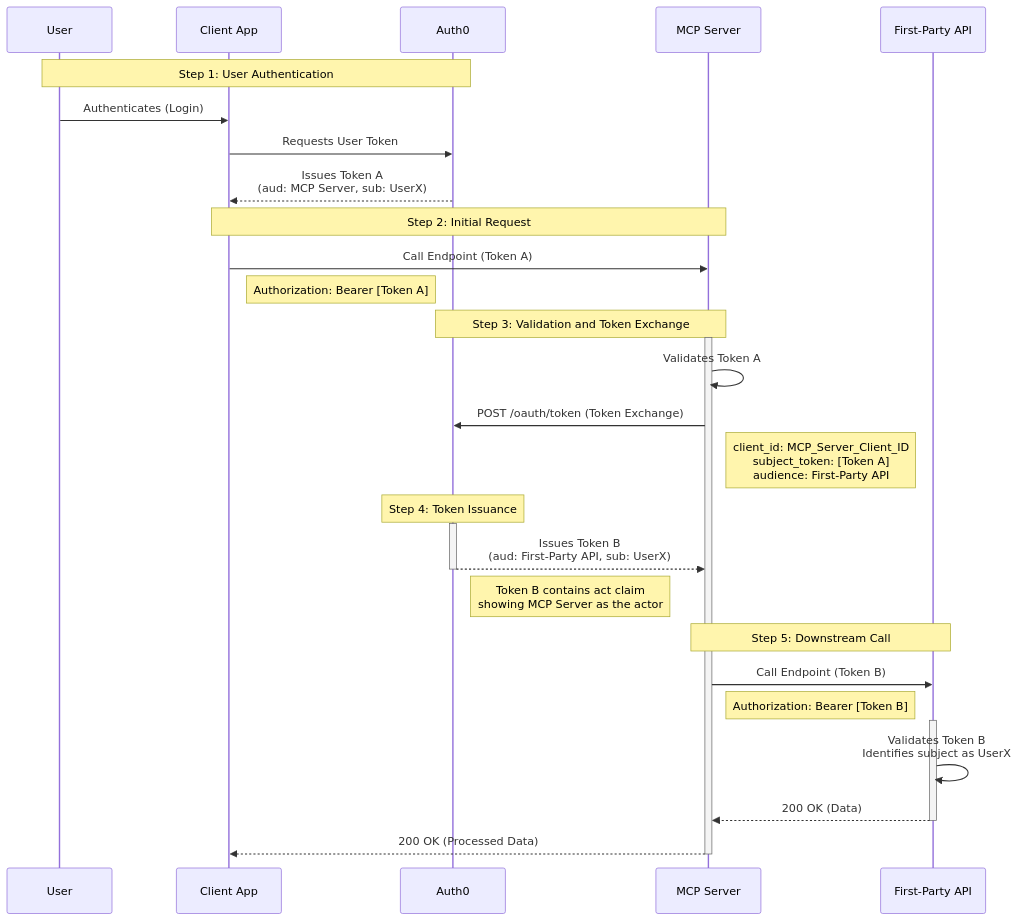
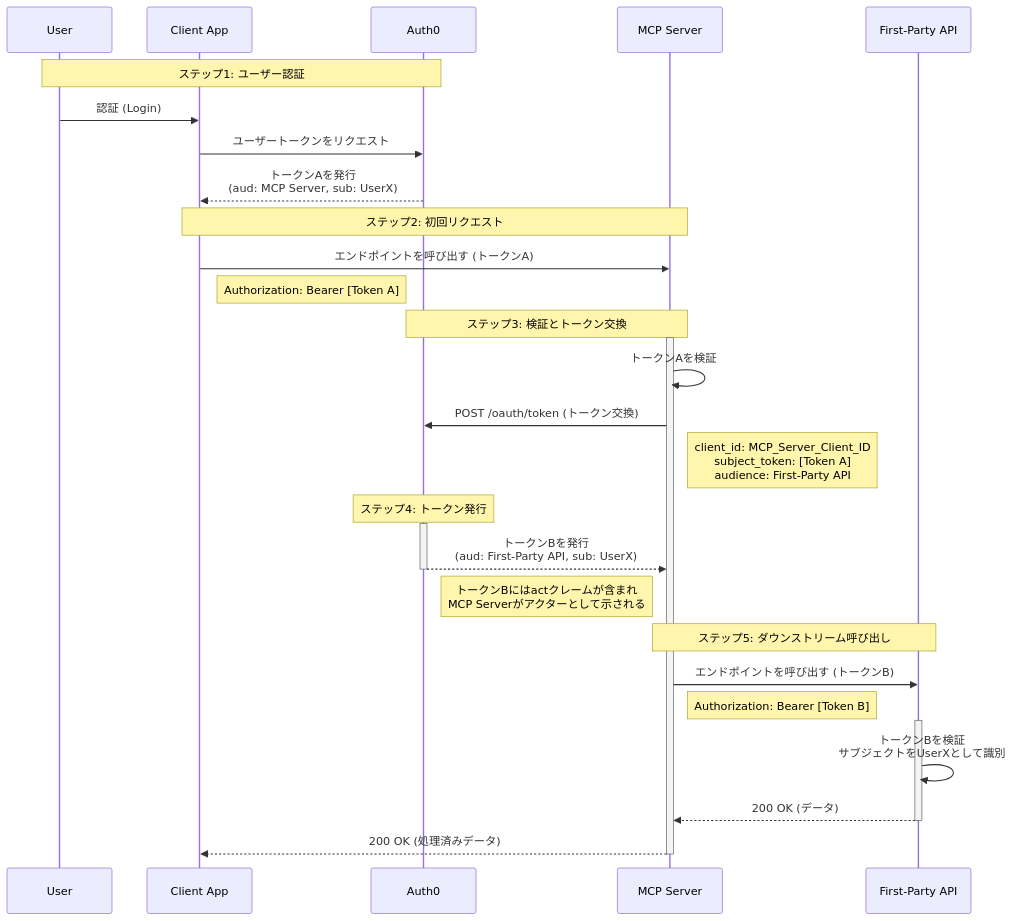
One commit to auth0/docs-v2 changed the first of 2 diagrams in main/docs/ja-jp/secure/call-apis-on-users-behalf/on-behalf-of-token-exchange.mdx. Above: the diagram before and after it, drawn with Mermaid. The commit also changed other lines of this file and 7241 other files, not shown here.

````diff
--- a/main/docs/ja-jp/secure/call-apis-on-users-behalf/on-behalf-of-token-exchange.mdx
+++ b/main/docs/ja-jp/secure/call-apis-on-users-behalf/on-behalf-of-token-exchange.mdx
@@ -139,42 +139,42 @@
 ```mermaid
 sequenceDiagram
     participant User
     participant Client App
     participant Auth0
     participant MCP Server
     participant First-Party API
 
-    Note over User,Auth0: Step 1: User Authentication
-    User->>Client App: Authenticates (Login)
-    Client App->>Auth0: Requests User Token
-    Auth0-->>Client App: Issues Token A<br/>(aud: MCP Server, sub: UserX)
+    Note over User,Auth0: ステップ1: ユーザー認証
+    User->>Client App: 認証 (Login)
+    Client App->>Auth0: ユーザートークンをリクエスト
+    Auth0-->>Client App: トークンAを発行<br/>(aud: MCP Server, sub: UserX)
 
-    Note over Client App,MCP Server: Step 2: Initial Request
-    Client App->>MCP Server: Call Endpoint (Token A)
+    Note over Client App,MCP Server: ステップ2: 初回リクエスト
+    Client App->>MCP Server: エンドポイントを呼び出す (トークンA)
     Note right of Client App: Authorization: Bearer [Token A]
 
-    Note over MCP Server,Auth0: Step 3: Validation and Token Exchange
+    Note over MCP Server,Auth0: ステップ3: 検証とトークン交換
     activate MCP Server
-    MCP Server->>MCP Server: Validates Token A
-    MCP Server->>Auth0: POST /oauth/token (Token Exchange)
+    MCP Server->>MCP Server: トークンAを検証
+    MCP Server->>Auth0: POST /oauth/token (トークン交換)
     Note right of MCP Server: client_id: MCP_Server_Client_ID<br/>subject_token: [Token A]<br/>audience: First-Party API
     
-    Note over Auth0: Step 4: Token Issuance
+    Note over Auth0: ステップ4: トークン発行
     activate Auth0
-    Auth0-->>MCP Server: Issues Token B<br/>(aud: First-Party API, sub: UserX)
+    Auth0-->>MCP Server: トークンBを発行<br/>(aud: First-Party API, sub: UserX)
     deactivate Auth0
-    Note right of Auth0: Token B contains act claim<br/>showing MCP Server as the actor
+    Note right of Auth0: トークンBにはactクレームが含まれ<br/>MCP Serverがアクターとして示される
 
-    Note over MCP Server,First-Party API: Step 5: Downstream Call
-    MCP Server->>First-Party API: Call Endpoint (Token B)
+    Note over MCP Server,First-Party API: ステップ5: ダウンストリーム呼び出し
+    MCP Server->>First-Party API: エンドポイントを呼び出す (トークンB)
     Note right of MCP Server: Authorization: Bearer [Token B]
     
     activate First-Party API
-    First-Party API->>First-Party API: Validates Token B<br/>Identifies subject as UserX
+    First-Party API->>First-Party API: トークンBを検証<br/>サブジェクトをUserXとして識別
     
-    First-Party API-->>MCP Server: 200 OK (Data)
+    First-Party API-->>MCP Server: 200 OK (データ)
     deactivate First-Party API
 
-    MCP Server-->>Client App: 200 OK (Processed Data)
+    MCP Server-->>Client App: 200 OK (処理済みデータ)
     deactivate MCP Server
 ```
````
